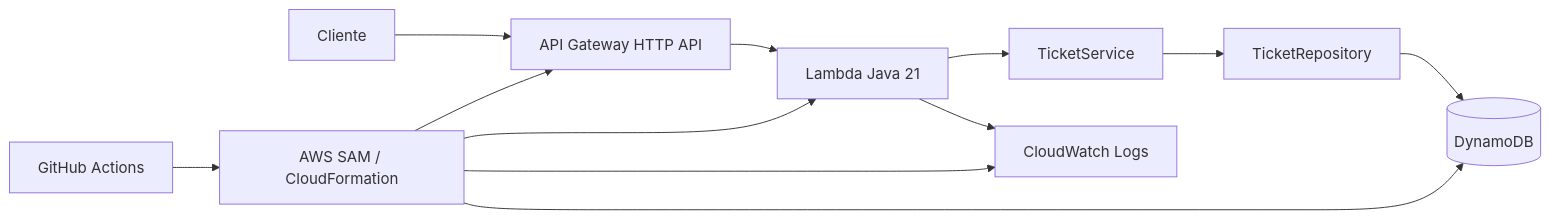
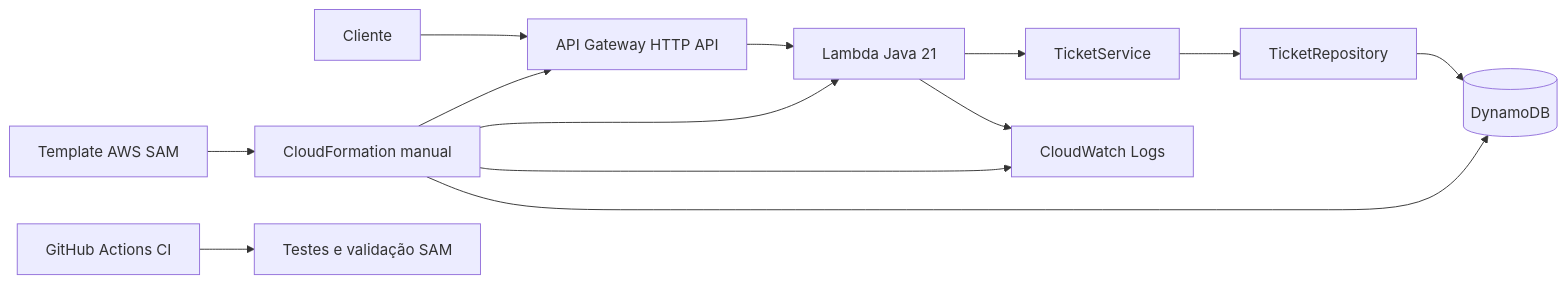
The diagram in README.md (Haseo2g/tickets-api-portfolio), drawn with Mermaid before and after one commit. The commit also changed other lines of this file and 5 other files, not shown here.

````diff
--- a/README.md
+++ b/README.md
@@ -19,11 +29,12 @@
 ```mermaid
 flowchart LR
-  Cliente --> HTTP[API Gateway HTTP API]
-  HTTP --> Lambda[Lambda Java 21]
+  Cliente --> API[API Gateway HTTP API]
+  API --> Lambda[Lambda Java 21]
   Lambda --> Servico[TicketService]
   Servico --> Repo[TicketRepository]
   Repo --> DDB[(DynamoDB)]
   Lambda --> Logs[CloudWatch Logs]
-  GH[GitHub Actions] --> SAM[AWS SAM / CloudFormation]
-  SAM --> HTTP & Lambda & DDB & Logs
+  SAM[Template AWS SAM] --> CF[CloudFormation manual]
+  CF --> API & Lambda & DDB & Logs
+  CI[GitHub Actions CI] --> Testes[Testes e validação SAM]
 ```
````
